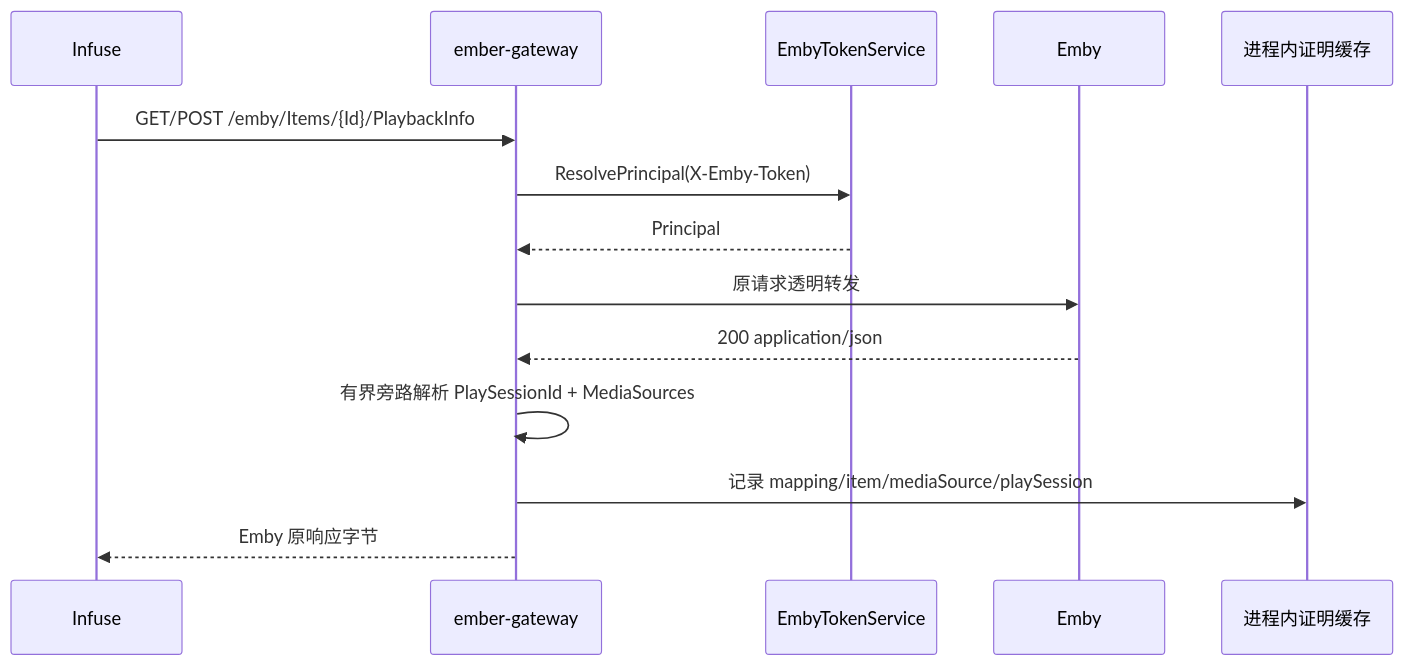
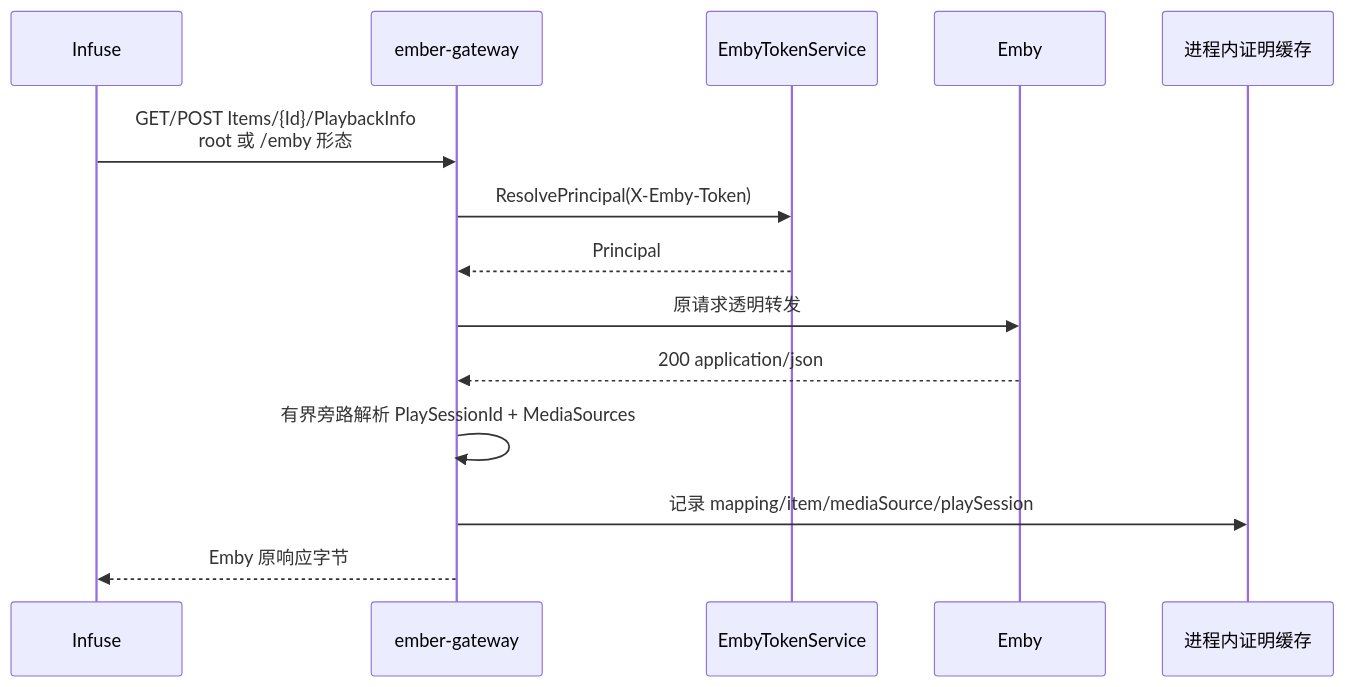
The fifth of 8 diagrams in docs/reference/p115-playback-end-to-end-flow.md (konghanghang/ember), drawn with Mermaid before and after one commit. The commit also changed other lines of this file and 8 other files, not shown here.

First line of the commit message:
feat(gateway): 支持 Emby 根路径登录与透明代理

````diff
--- a/docs/reference/p115-playback-end-to-end-flow.md
+++ b/docs/reference/p115-playback-end-to-end-flow.md
@@ -181,17 +189,17 @@
 ```mermaid
 sequenceDiagram
     participant Client as Infuse
     participant Gateway as ember-gateway
     participant Token as EmbyTokenService
     participant Emby as Emby
     participant Proof as 进程内证明缓存
 
-    Client->>Gateway: GET/POST /emby/Items/{Id}/PlaybackInfo
+    Client->>Gateway: GET/POST Items/{Id}/PlaybackInfo<br/>root 或 /emby 形态
     Gateway->>Token: ResolvePrincipal(X-Emby-Token)
     Token-->>Gateway: Principal
     Gateway->>Emby: 原请求透明转发
     Emby-->>Gateway: 200 application/json
     Gateway->>Gateway: 有界旁路解析 PlaySessionId + MediaSources
     Gateway->>Proof: 记录 mapping/item/mediaSource/playSession
     Gateway-->>Client: Emby 原响应字节
 ```
````
